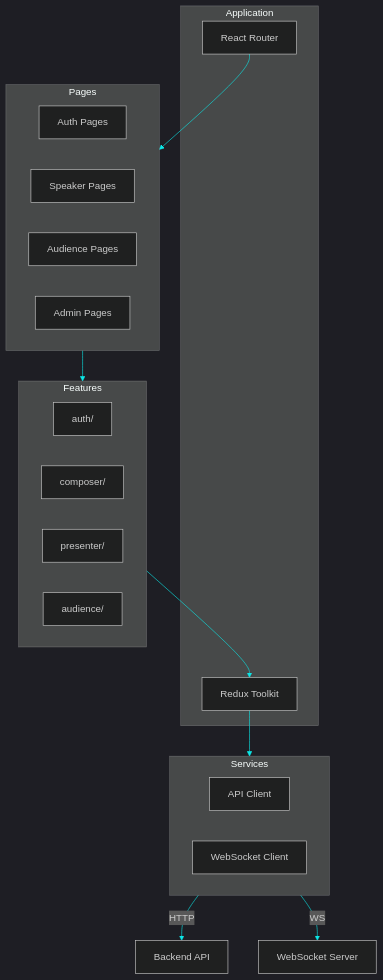
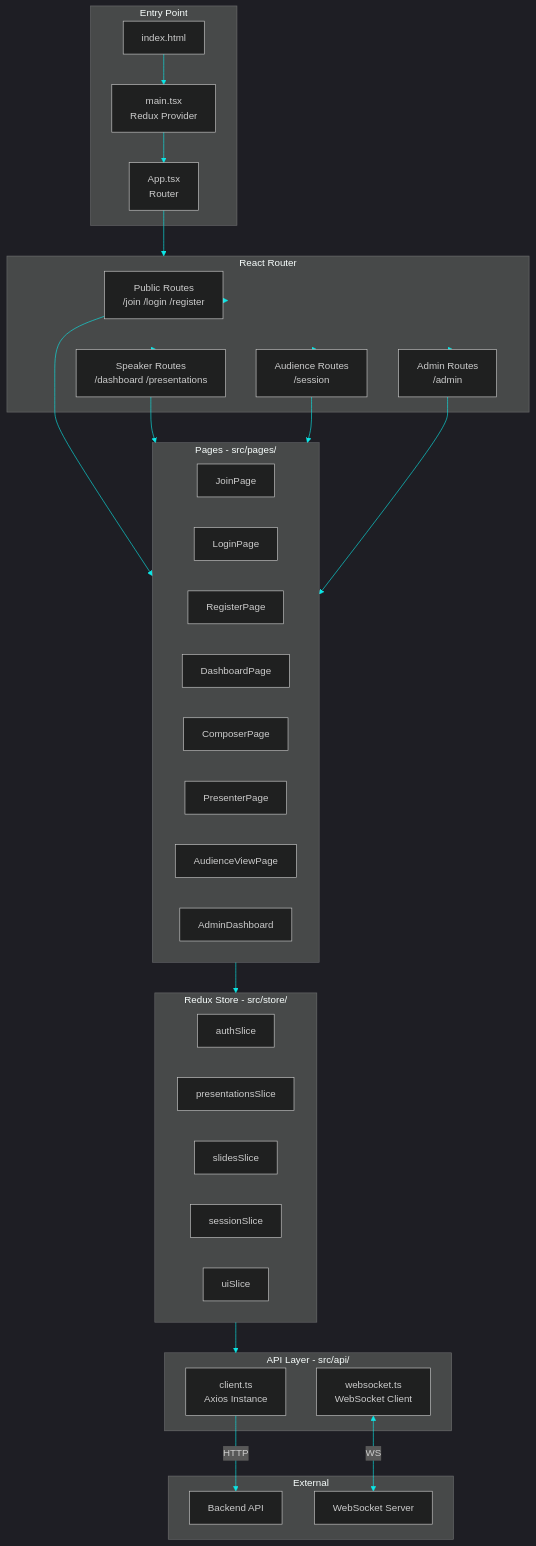
One commit to luciangruiaro/oratify changed the diagram in app/frontend/architecture.mmd. Above: the diagram before and after it, drawn with Mermaid. The commit also changed 6 other files, not shown here.

```diff
--- a/app/frontend/architecture.mmd
+++ b/app/frontend/architecture.mmd
@@ -1,33 +1,60 @@
 %%{init: {'theme': 'dark', 'themeVariables': { 'primaryColor': '#0de7e7', 'primaryTextColor': '#eeeeee', 'primaryBorderColor': '#2c2d2f', 'lineColor': '#0de7e7', 'secondaryColor': '#c73a52', 'tertiaryColor': '#2c2d2f'}}}%%
 
 flowchart TB
-    subgraph App["Application"]
-        Router["React Router"]
-        Redux["Redux Toolkit"]
+    subgraph Entry["Entry Point"]
+        Index["index.html"]
+        Main["main.tsx\nRedux Provider"]
+        App["App.tsx\nRouter"]
     end
 
-    subgraph Pages["Pages"]
-        Auth["Auth Pages"]
-        Speaker["Speaker Pages"]
-        Audience["Audience Pages"]
-        Admin["Admin Pages"]
+    subgraph Routing["React Router"]
+        PublicRoutes["Public Routes\n/join /login /register"]
+        SpeakerRoutes["Speaker Routes\n/dashboard /presentations"]
+        AudienceRoutes["Audience Routes\n/session"]
+        AdminRoutes["Admin Routes\n/admin"]
     end
 
-    subgraph Features["Features"]
-        AuthFeature["auth/"]
-        ComposerFeature["composer/"]
-        PresenterFeature["presenter/"]
-        AudienceFeature["audience/"]
+    subgraph Pages["Pages - src/pages/"]
+        JoinPage["JoinPage"]
+        LoginPage["LoginPage"]
+        RegisterPage["RegisterPage"]
+        DashboardPage["DashboardPage"]
+        ComposerPage["ComposerPage"]
+        PresenterPage["PresenterPage"]
+        AudienceViewPage["AudienceViewPage"]
+        AdminDashboard["AdminDashboard"]
     end
 
-    subgraph Services["Services"]
-        APIClient["API Client"]
-        WSClient["WebSocket Client"]
+    subgraph State["Redux Store - src/store/"]
+        AuthSlice["authSlice"]
+        PresentationsSlice["presentationsSlice"]
+        SlidesSlice["slidesSlice"]
+        SessionSlice["sessionSlice"]
+        UISlice["uiSlice"]
     end
 
-    Router --> Pages
-    Pages --> Features
-    Features --> Redux
-    Redux --> Services
-    Services -->|HTTP| Backend["Backend API"]
-    Services -->|WS| WebSocket["WebSocket Server"]
+    subgraph Services["API Layer - src/api/"]
+        Client["client.ts\nAxios Instance"]
+        WSClient["websocket.ts\nWebSocket Client"]
+    end
+
+    subgraph External["External"]
+        Backend["Backend API"]
+        WebSocket["WebSocket Server"]
+    end
+
+    Index --> Main
+    Main --> App
+    App --> Routing
+    Routing --> PublicRoutes
+    Routing --> SpeakerRoutes
+    Routing --> AudienceRoutes
+    Routing --> AdminRoutes
+    PublicRoutes --> Pages
+    SpeakerRoutes --> Pages
+    AudienceRoutes --> Pages
+    AdminRoutes --> Pages
+    Pages --> State
+    State --> Services
+    Client -->|HTTP| Backend
+    WSClient <-->|WS| WebSocket
```
